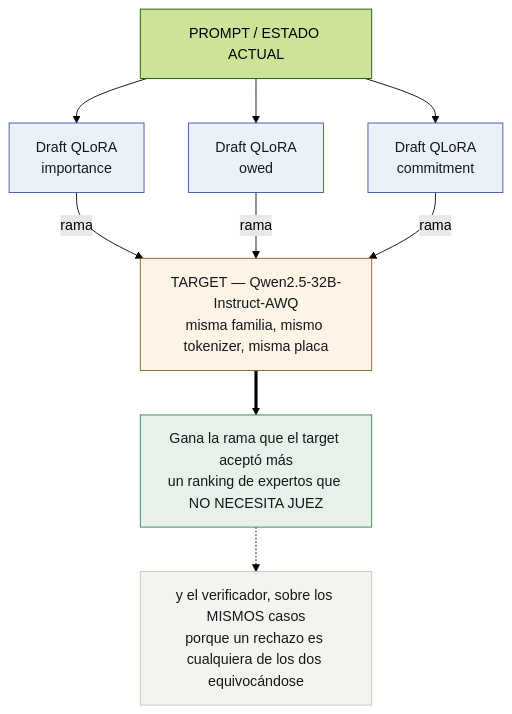
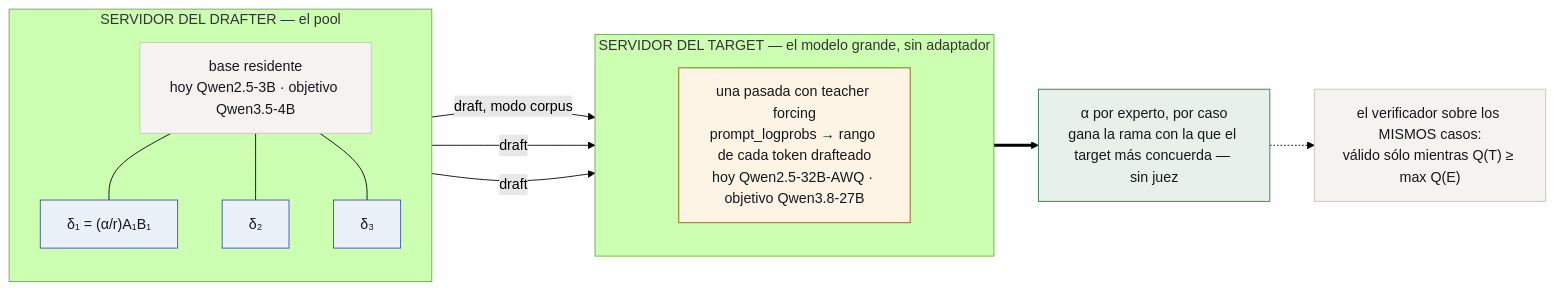
One commit to EvolvingAgentsLabs/lora-kernel changed the first of 2 diagrams in README.es.md. Above: the diagram before and after it, drawn with Mermaid (forest theme). The commit also changed other lines of this file and 7 other files, not shown here.

````diff
--- a/README.es.md
+++ b/README.es.md
@@ -155,28 +201,32 @@
 ```mermaid
-flowchart TD
-    P["PROMPT / ESTADO ACTUAL"]
-    A["Draft QLoRA<br>importance"]
-    B["Draft QLoRA<br>owed"]
-    C["Draft QLoRA<br>commitment"]
-    T["TARGET — Qwen2.5-32B-Instruct-AWQ<br>misma familia, mismo tokenizer, misma placa"]
-    W["Gana la rama que el target aceptó más<br>un ranking de expertos que NO NECESITA JUEZ"]
-    V["y el verificador, sobre los MISMOS casos<br>porque un rechazo es cualquiera de los dos equivocándose"]
+flowchart LR
+    subgraph D["SERVIDOR DEL DRAFTER — el pool"]
+        direction TB
+        B["base residente<br>hoy Qwen2.5-3B · objetivo Qwen3.5-4B"]
+        E1["δ₁ = (α/r)A₁B₁"]
+        E2["δ₂"]
+        E3["δ₃"]
+        B --- E1
+        B --- E2
+        B --- E3
+    end
+    subgraph T["SERVIDOR DEL TARGET — el modelo grande, sin adaptador"]
+        direction TB
+        V["una pasada con teacher forcing<br>prompt_logprobs → rango de cada token drafteado<br>hoy Qwen2.5-32B-AWQ · objetivo Qwen3.8-27B"]
+    end
+    E1 -- "draft, modo corpus" --> V
+    E2 -- "draft" --> V
+    E3 -- "draft" --> V
+    V ==> R["α por experto, por caso<br>gana la rama con la que el target más concuerda — sin juez"]
+    R -.-> Q["el verificador sobre los MISMOS casos:<br>válido sólo mientras Q(T) ≥ max Q(E)"]
 
-    P --> A
-    P --> B
-    P --> C
-    A -- "rama" --> T
-    B -- "rama" --> T
-    C -- "rama" --> T
-    T ==> W
-    W -.-> V
-
+    classDef base fill:#F4F3F0,stroke:#C4C4BF,color:#15171B
     classDef expert fill:#EAF1F9,stroke:#3E52A3,color:#15171B
     classDef target fill:#FDF4E6,stroke:#8A5C10,color:#15171B
     classDef win fill:#E7F1EA,stroke:#2E7D4F,color:#15171B
-    class A,B,C expert
-    class T target
-    class W win
-    class V neutral
-    classDef neutral fill:#F4F3F0,stroke:#C4C4BF,color:#15171B
+    class B base
+    class E1,E2,E3 expert
+    class V target
+    class R win
+    class Q base
 ```
````
